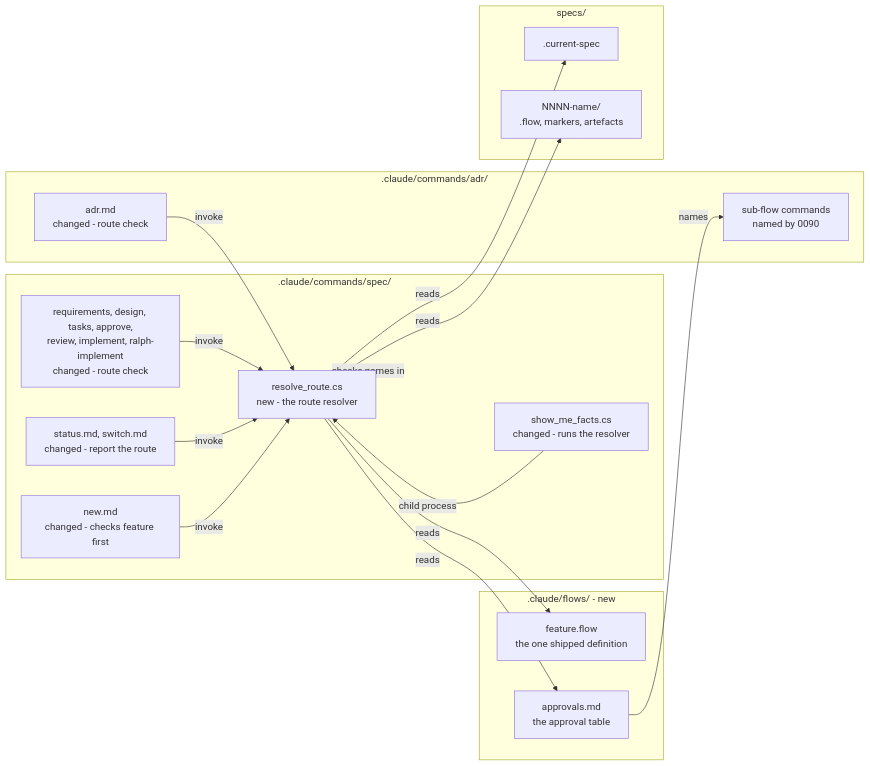
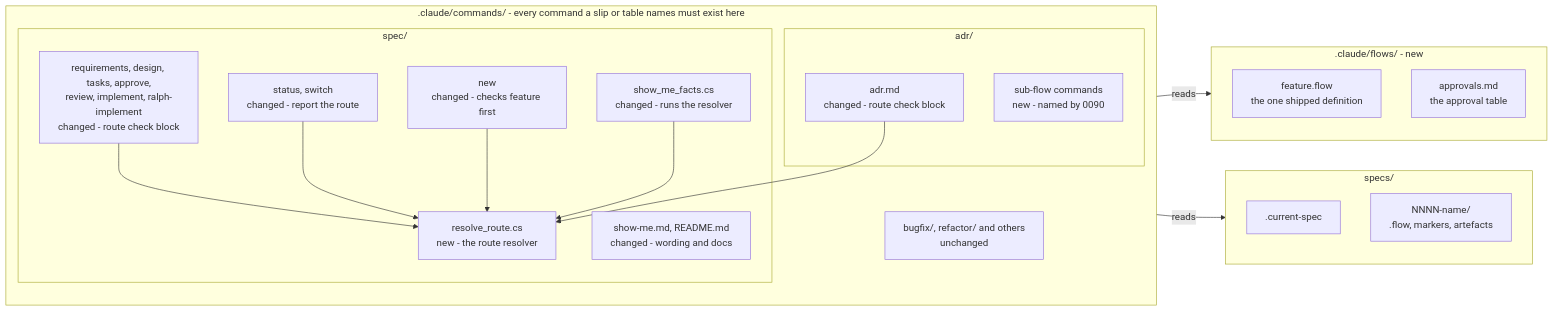
The second of 3 diagrams in docs/adr/0089-slips-resolver-and-routing.md (BrighterCommand/Brighter), drawn with Mermaid before and after one commit. The commit also changed other lines of this file, not shown here.

First line of the commit message:
docs: work second review of ADR 0089

````diff
--- a/docs/adr/0089-slips-resolver-and-routing.md
+++ b/docs/adr/0089-slips-resolver-and-routing.md
@@ -224,33 +226,34 @@
 ```mermaid
 flowchart LR
+    subgraph COMMANDS[".claude/commands/ - every command a slip or table names must exist here"]
+        direction TB
+        subgraph ADRCMD["adr/"]
+            ADR["adr.md<br/>changed - route check block"]
+            SUB["sub-flow commands<br/>new - named by 0090"]
+        end
+        subgraph SPECCMD["spec/"]
+            CMDS["requirements, design, tasks, approve,<br/>review, implement, ralph-implement<br/>changed - route check block"]
+            REP["status, switch<br/>changed - report the route"]
+            NEW["new<br/>changed - checks feature first"]
+            SMF["show_me_facts.cs<br/>changed - runs the resolver"]
+            DOCS["show-me.md, README.md<br/>changed - wording and docs"]
+            RR["resolve_route.cs<br/>new - the route resolver"]
+        end
+        OTH["bugfix/, refactor/ and others<br/>unchanged"]
+    end
     subgraph FLOWS[".claude/flows/ - new"]
         FD["feature.flow<br/>the one shipped definition"]
         AT["approvals.md<br/>the approval table"]
-    end
-    subgraph SPECCMD[".claude/commands/spec/"]
-        RR["resolve_route.cs<br/>new - the route resolver"]
-        SMF["show_me_facts.cs<br/>changed - runs the resolver"]
-        CMDS["requirements, design, tasks, approve,<br/>review, implement, ralph-implement<br/>changed - route check"]
-        REP["status.md, switch.md<br/>changed - report the route"]
-        NEW["new.md<br/>changed - checks feature first"]
-    end
-    subgraph ADRCMD[".claude/commands/adr/"]
-        ADR["adr.md<br/>changed - route check"]
-        SUB["sub-flow commands<br/>named by 0090"]
     end
     subgraph SPECS["specs/"]
         CUR[".current-spec"]
         DIR["NNNN-name/<br/>.flow, markers, artefacts"]
     end
-    CMDS -->|invoke| RR
-    REP -->|invoke| RR
-    NEW -->|invoke| RR
-    ADR -->|invoke| RR
-    SMF -->|child process| RR
-    RR -->|reads| FD
-    RR -->|reads| AT
-    RR -->|reads| CUR
-    RR -->|reads| DIR
-    RR -->|checks names in| SPECCMD
-    AT -->|names| SUB
+    CMDS --> RR
+    REP --> RR
+    NEW --> RR
+    SMF --> RR
+    ADR --> RR
+    RR -->|reads| FLOWS
+    RR -->|reads| SPECS
 ```
````
